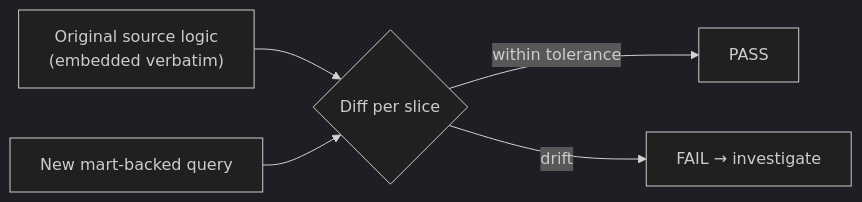
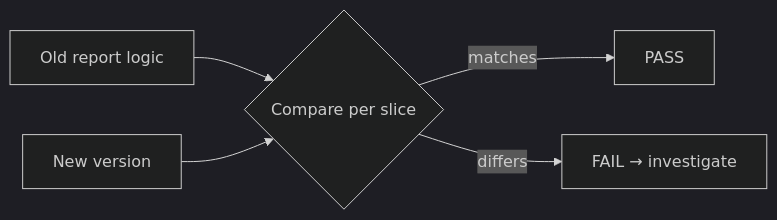
Before and after one commit to hsg09/governed-reporting-data-mart-snowflake: the fifth of 5 diagrams in README.md, drawn with Mermaid (dark theme). The commit also changed other lines of this file, not shown here.

````diff
--- a/README.md
+++ b/README.md
@@ -242,7 +233,7 @@
 ```mermaid
 graph LR
-    BO["Original source logic<br/>(embedded verbatim)"] --> CMP{Diff per slice}
-    NEW["New mart-backed query"] --> CMP
-    CMP -->|within tolerance| PASS["PASS"]
-    CMP -->|drift| FAIL["FAIL → investigate"]
+    BO["Old report logic"] --> CMP{Compare per slice}
+    NEW["New version"] --> CMP
+    CMP -->|matches| PASS["PASS"]
+    CMP -->|differs| FAIL["FAIL → investigate"]
 ```
````
